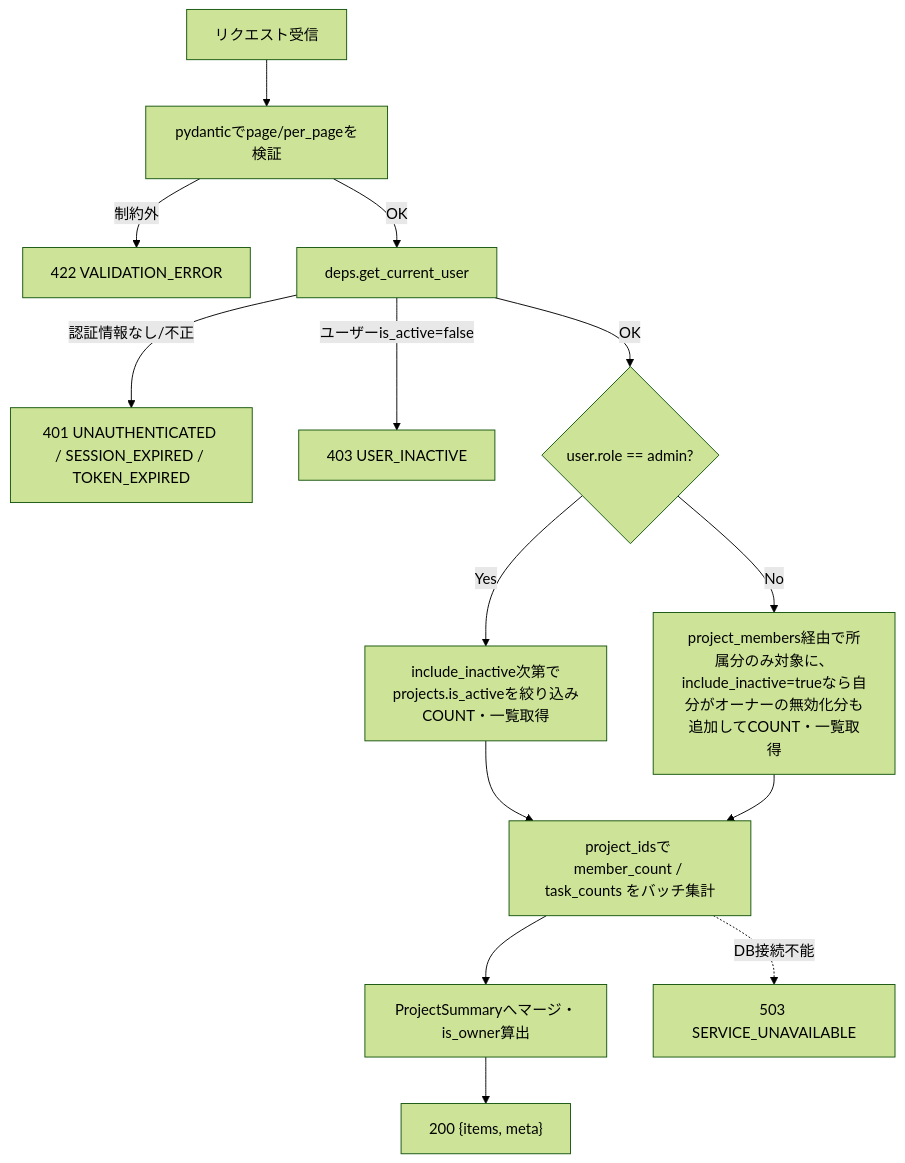
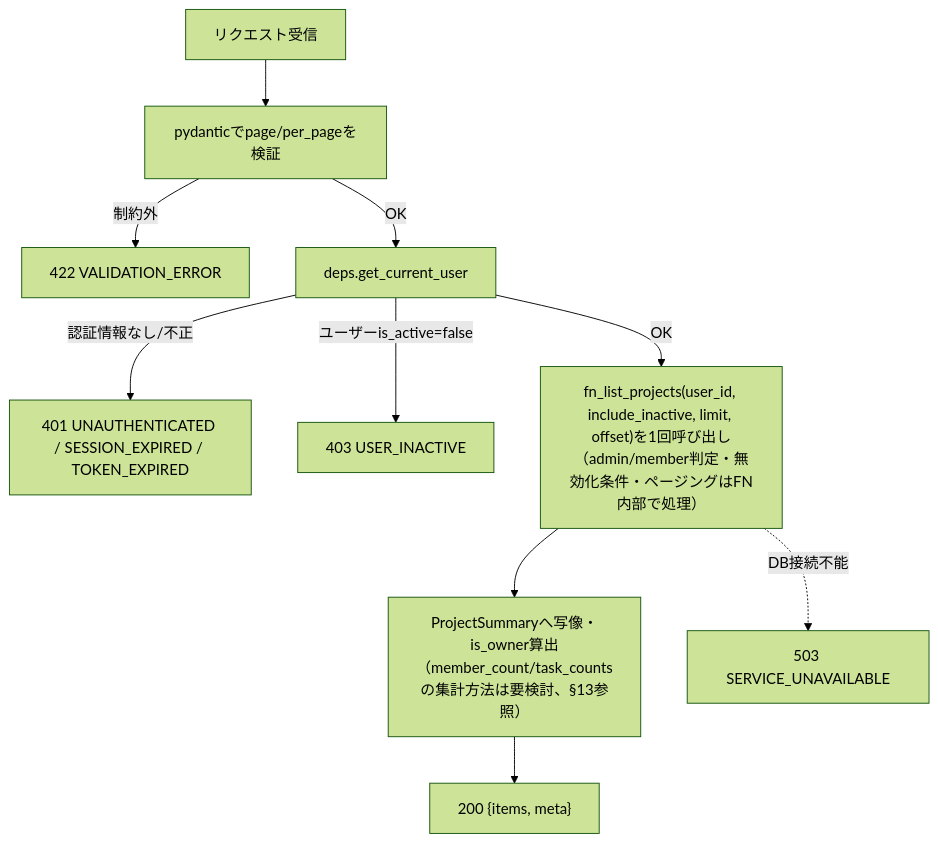
The second of 4 diagrams in detailed_design/api/projects/01_get_projects.md (oikawa-d/task_management), drawn with Mermaid (forest theme) before and after one commit. The commit also changed other lines of this file and 5 other files, not shown here.

````diff
--- a/detailed_design/api/projects/01_get_projects.md
+++ b/detailed_design/api/projects/01_get_projects.md
@@ -156,16 +139,12 @@
 ```mermaid
 flowchart TB
     A["リクエスト受信"] --> B["pydanticでpage/per_pageを検証"]
     B -->|"制約外"| B1["422 VALIDATION_ERROR"]
     B -->|"OK"| C["deps.get_current_user"]
     C -->|"認証情報なし/不正"| C1["401 UNAUTHENTICATED / SESSION_EXPIRED / TOKEN_EXPIRED"]
     C -->|"ユーザーis_active=false"| C2["403 USER_INACTIVE"]
-    C -->|"OK"| D{"user.role == admin?"}
-    D -->|"Yes"| E["include_inactive次第でprojects.is_activeを絞り込みCOUNT・一覧取得"]
-    D -->|"No"| F["project_members経由で所属分のみ対象に、\ninclude_inactive=trueなら自分がオーナーの無効化分も追加してCOUNT・一覧取得"]
-    E --> G["project_idsで member_count / task_counts をバッチ集計"]
-    F --> G
-    G --> H["ProjectSummaryへマージ・is_owner算出"]
+    C -->|"OK"| D["fn_list_projects(user_id, include_inactive, limit, offset)を1回呼び出し\n（admin/member判定・無効化条件・ページングはFN内部で処理）"]
+    D --> H["ProjectSummaryへ写像・is_owner算出\n（member_count/task_countsの集計方法は要検討、§13参照）"]
     H --> I["200 {items, meta}"]
-    G -.->|"DB接続不能"| J["503 SERVICE_UNAVAILABLE"]
+    D -.->|"DB接続不能"| J["503 SERVICE_UNAVAILABLE"]
 ```
````
